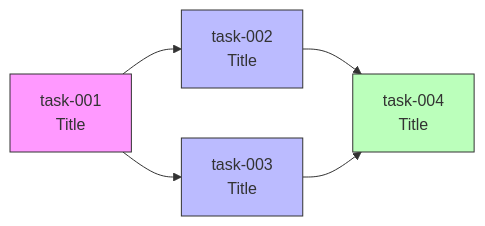
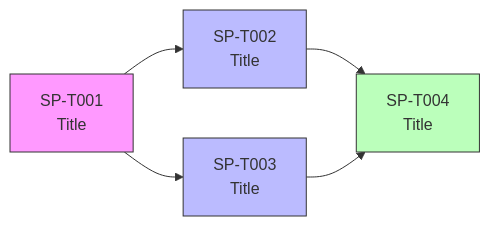
The diagram in docs/templates/SPRINT-OVERVIEW-TEMPLATE.md (Maximumsoft-Co-LTD/claude-foundation-template), drawn with Mermaid before and after one commit. The commit also changed other lines of this file and 11 other files, not shown here.

````diff
--- a/docs/templates/SPRINT-OVERVIEW-TEMPLATE.md
+++ b/docs/templates/SPRINT-OVERVIEW-TEMPLATE.md
@@ -43,12 +43,12 @@
 ```mermaid
 flowchart LR
-    t001[task-001\nTitle] --> t002[task-002\nTitle]
-    t001 --> t003[task-003\nTitle]
-    t002 --> t004[task-004\nTitle]
-    t003 --> t004
+    T001[SP-T001\nTitle] --> T002[SP-T002\nTitle]
+    T001 --> T003[SP-T003\nTitle]
+    T002 --> T004[SP-T004\nTitle]
+    T003 --> T004
 
-    style t001 fill:#f9f,stroke:#333
-    style t002 fill:#bbf,stroke:#333
-    style t003 fill:#bbf,stroke:#333
-    style t004 fill:#bfb,stroke:#333
+    style T001 fill:#f9f,stroke:#333
+    style T002 fill:#bbf,stroke:#333
+    style T003 fill:#bbf,stroke:#333
+    style T004 fill:#bfb,stroke:#333
 ```
````
